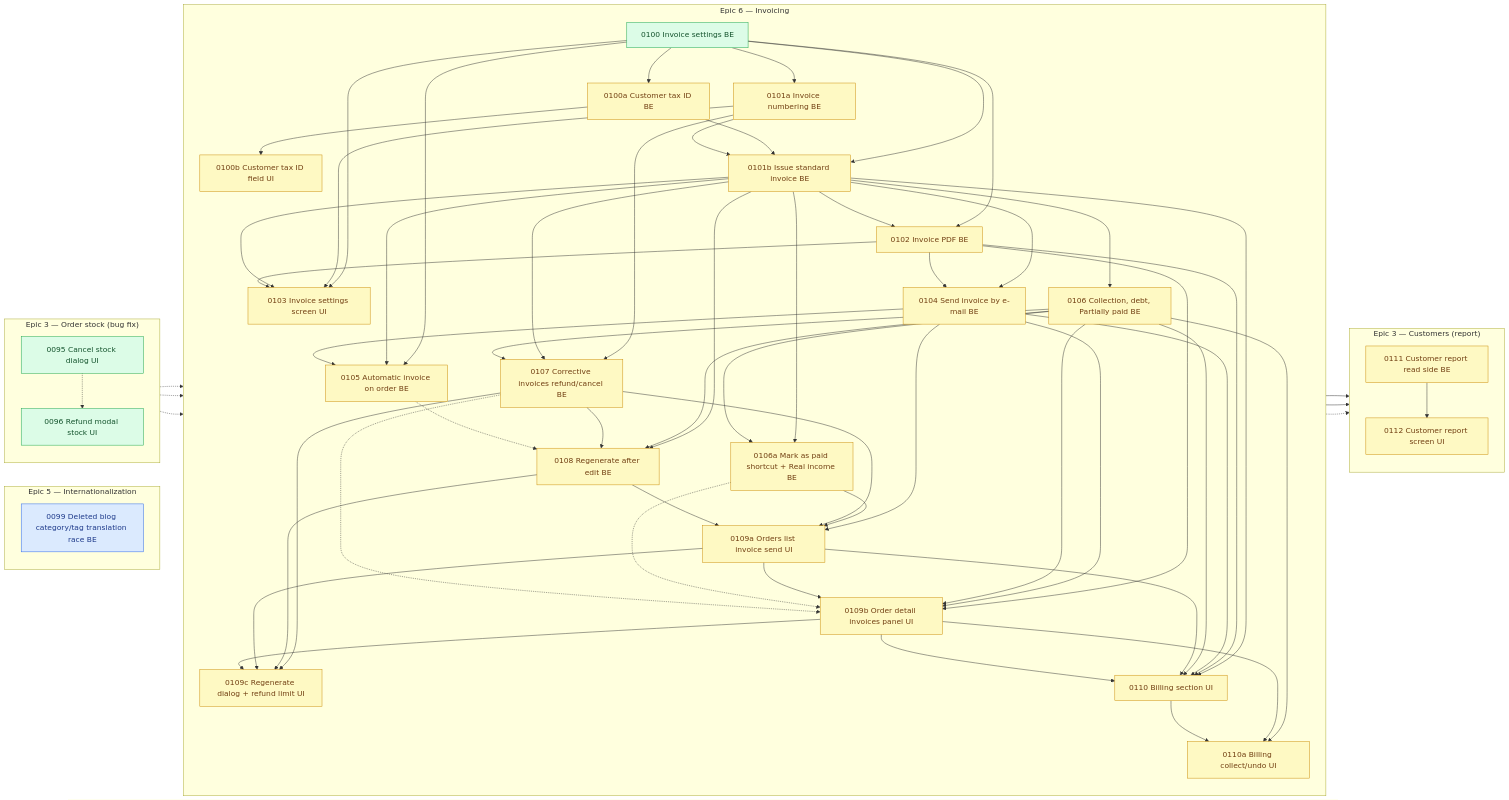
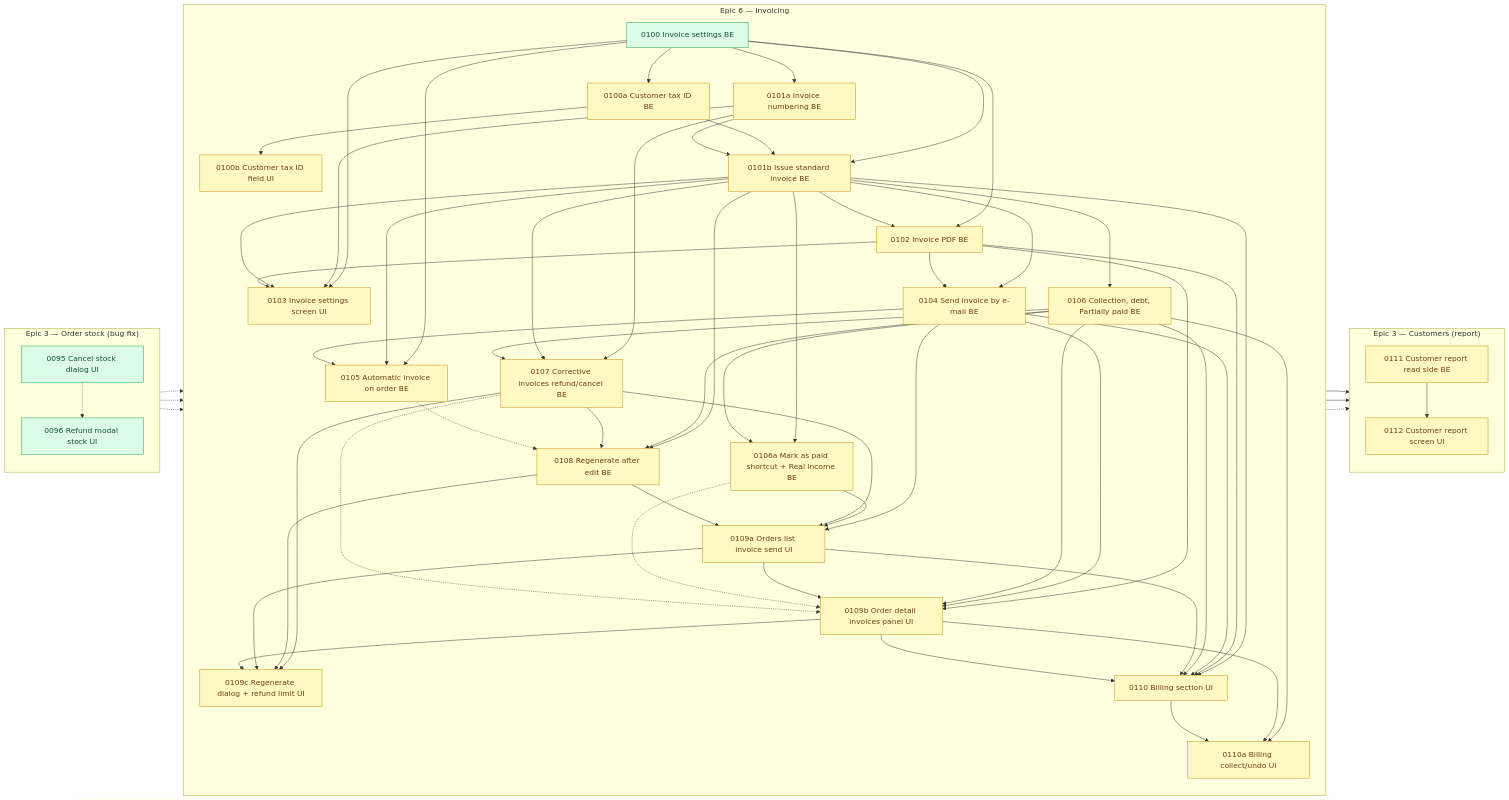
One commit to shojen/AI4Devs-finalproject changed the diagram in arospe/ai-spec/tasks-map.md. Above: the diagram before and after it, drawn with Mermaid. The commit also changed other lines of this file and 3 other files, not shown here.

```diff
--- a/arospe/ai-spec/tasks-map.md
+++ b/arospe/ai-spec/tasks-map.md
@@ -659,10 +660,6 @@
     classDef ready fill:#dcfce7,stroke:#16a34a,color:#14532d,stroke-width:1px;
     classDef claimed fill:#dbeafe,stroke:#2563eb,color:#1e3a8a,stroke-width:1px;
 
-    subgraph PEND_I18N["Epic 5 — Internationalization"]
-        direction TB
-        P0099["0099 Deleted blog category/tag translation race BE"]
-    end
     %% (P0087 closed to done/ 2026-11-13; P0098 closed to done/ 2026-11-14 and its node was dropped.)
 
     subgraph PEND_STOCK["Epic 3 — Order stock (bug fix)"]
@@ -746,7 +743,6 @@
     %% (P0084 --> P0085 dropped: 0084 is done; 0085 is done too.)
     %% (P0083 -.-> P0085 and P0083 --> P0086 dropped: 0083 is done; 0086 is now ready.)
 
-    class P0099 claimed;
     %% (P0078 closed to done/ 2026-11-08; P0076b closed to done/ 2026-11-10 and no node is `claimed`; P0076b --> P0077 and P0076b -.-> P0087 dropped, 0077 is now ready.)
     %% (P0079 closed to done/ 2026-11-12; P0087 -.-> P0079 dropped, no node is `claimed`.)
     %% (P0075 closed to done/ 2026-10-27; P0073 closed to done/ 2026-10-08; no node remains `claimed`.)
```
